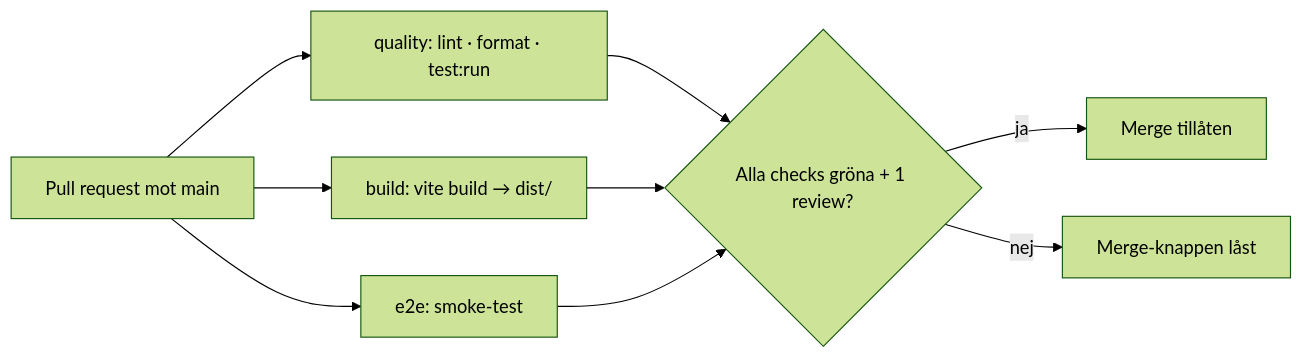
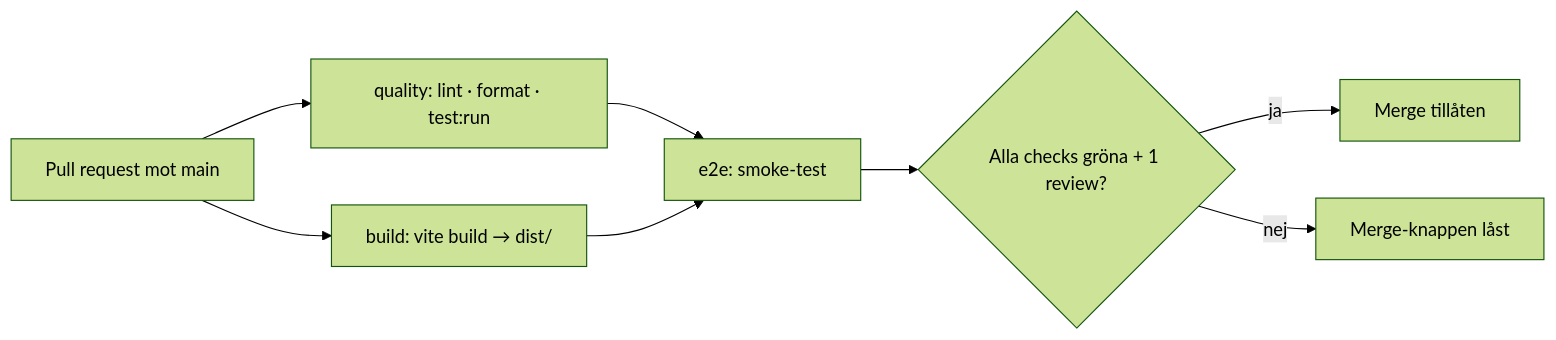
The diagram in .github/docs/pipeline.md (gahnejennifer/Kraftly_Watt), drawn with Mermaid (forest theme) before and after one commit. The commit also changed other lines of this file, not shown here.

````diff
--- a/.github/docs/pipeline.md
+++ b/.github/docs/pipeline.md
@@ -5,11 +5,10 @@
 ```mermaid
 flowchart LR
     PR[Pull request mot main] --> Q[quality: lint · format · test:run]
     PR --> B[build: vite build → dist/]
-    PR --> E[e2e: smoke-test]
-    Q --> M{Alla checks gröna + 1 review?}
-    B --> M
-    E --> M
+    Q --> E[e2e: smoke-test]
+    B --> E
+    E --> M{Alla checks gröna + 1 review?}
     M -- ja --> OK[Merge tillåten]
     M -- nej --> Stop[Merge-knappen låst]
 ```
````
